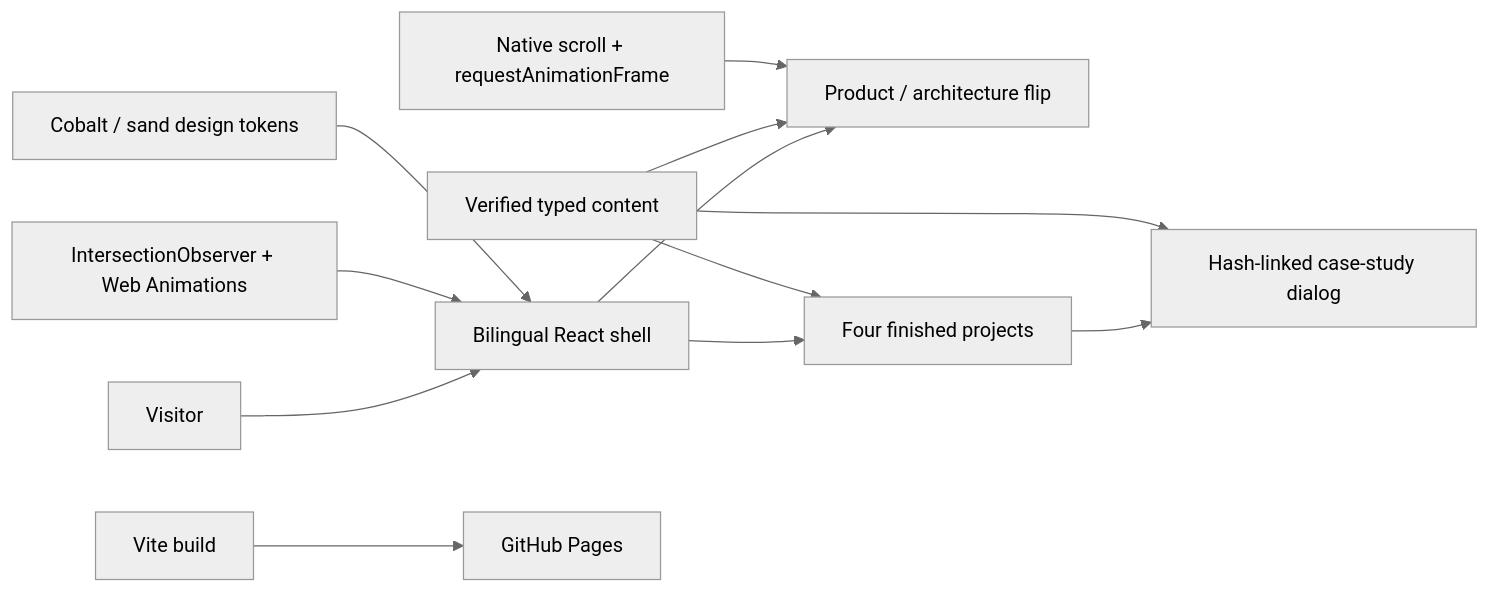
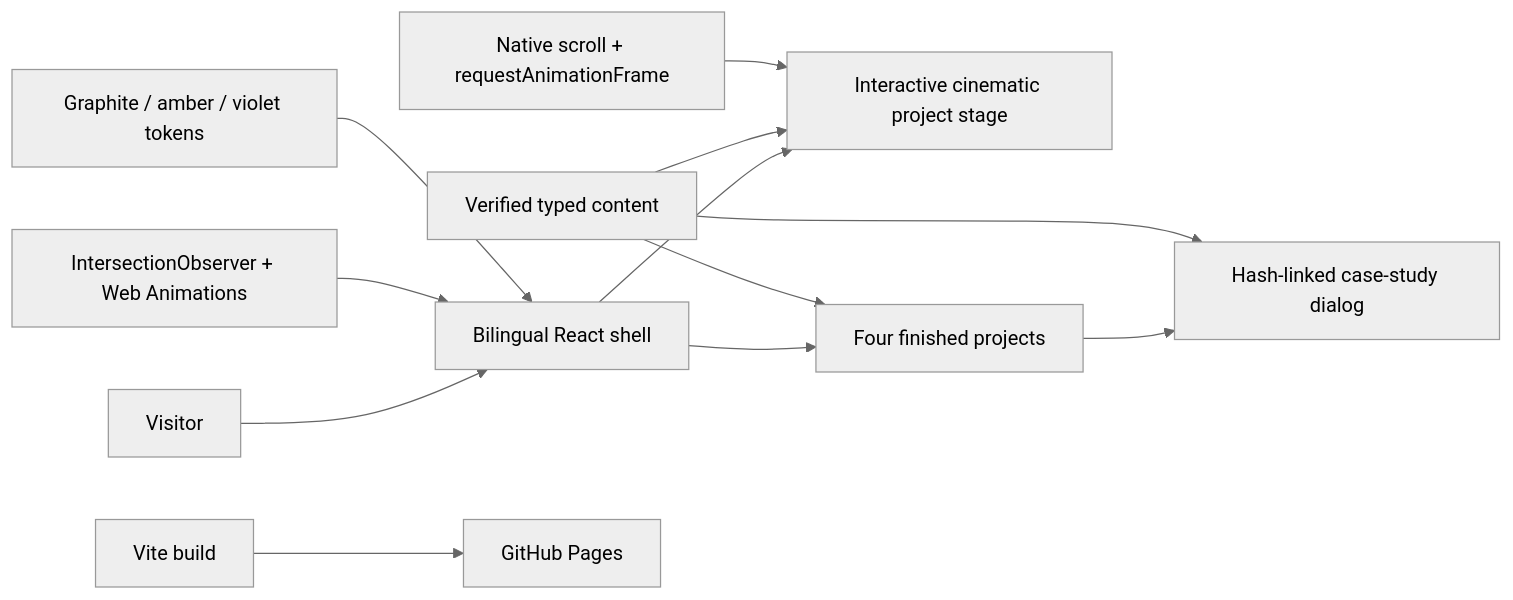
Before and after one commit to kevin0018/portfolio: the diagram in README.md, drawn with Mermaid (neutral theme). The commit also changed other lines of this file and 12 other files, not shown here.

````diff
--- a/README.md
+++ b/README.md
@@ -34,14 +35,14 @@
 ```mermaid
 flowchart LR
   visitor["Visitor"] --> app["Bilingual React shell"]
-  app --> hero["Product / architecture flip"]
+  app --> hero["Interactive cinematic project stage"]
   app --> work["Four finished projects"]
   work --> cases["Hash-linked case-study dialog"]
   content["Verified typed content"] --> hero
   content --> work
   content --> cases
   scroll["Native scroll + requestAnimationFrame"] --> hero
   observer["IntersectionObserver + Web Animations"] --> app
-  tokens["Cobalt / sand design tokens"] --> app
+  tokens["Graphite / amber / violet tokens"] --> app
   vite["Vite build"] --> pages["GitHub Pages"]
 ```
````
